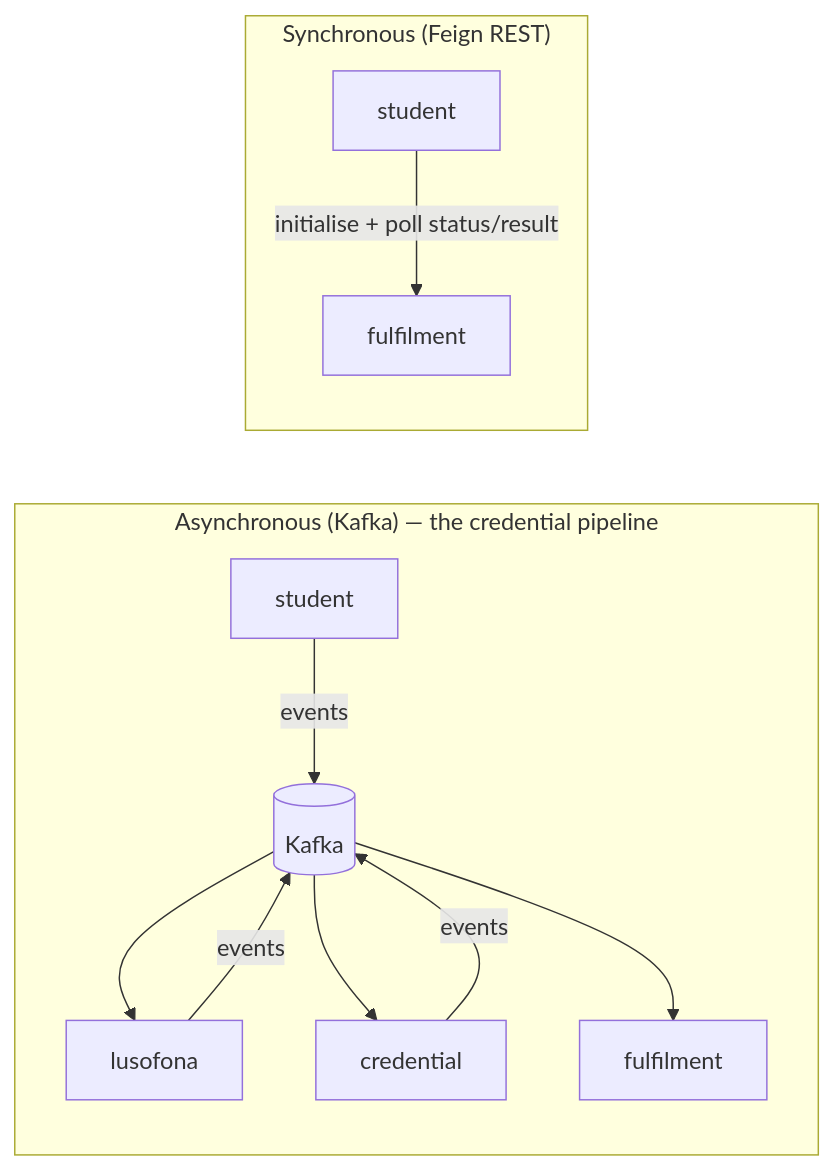
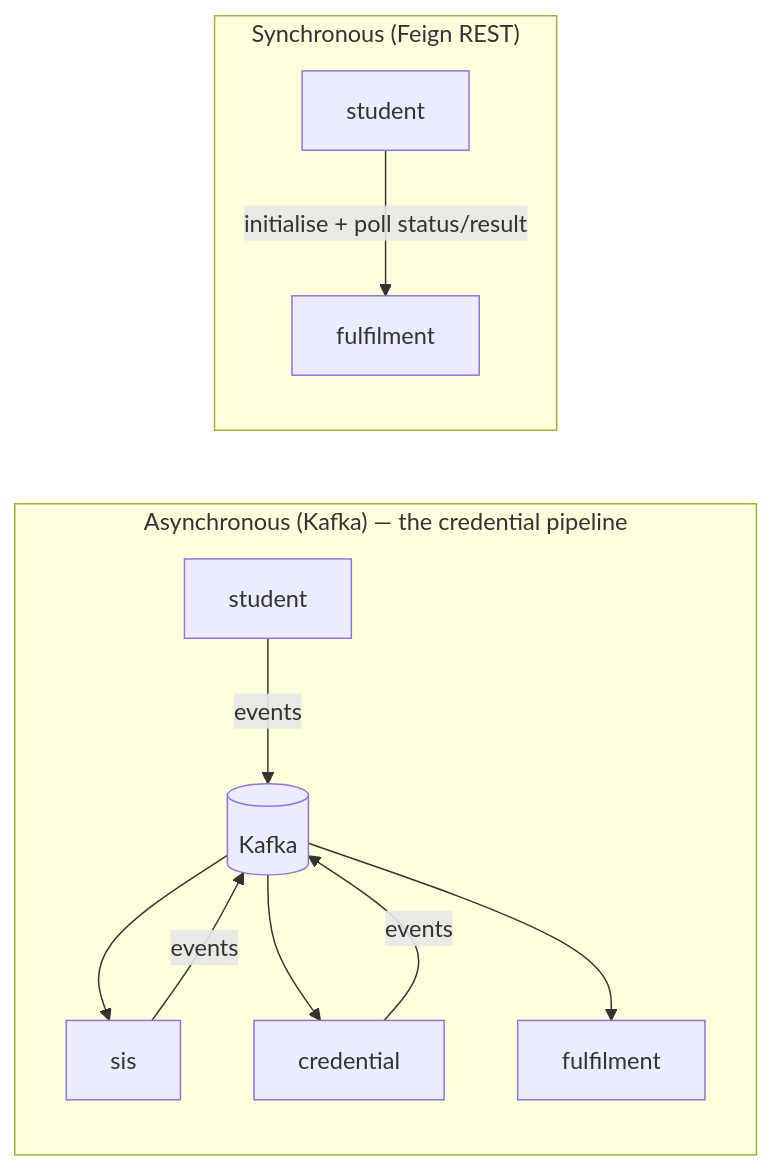
Before and after one commit to marcelogdomingues/ulht-dcs-public: the fourth of 16 diagrams in docs/ARCHITECTURE.md, drawn with Mermaid. The commit also changed other lines of this file and 600 other files, not shown here.

````diff
--- a/docs/ARCHITECTURE.md
+++ b/docs/ARCHITECTURE.md
@@ -237,14 +237,14 @@
 ```mermaid
 graph LR
     subgraph async["Asynchronous (Kafka) — the credential pipeline"]
         s1["student"] -->|events| k[(Kafka)]
-        k --> l1["lusofona"]
+        k --> l1["sis"]
         l1 -->|events| k
         k --> c1["credential"]
         c1 -->|events| k
         k --> f1["fulfilment"]
     end
     subgraph sync["Synchronous (Feign REST)"]
         s2["student"] -->|"initialise + poll status/result"| f2["fulfilment"]
     end
 ```
````
